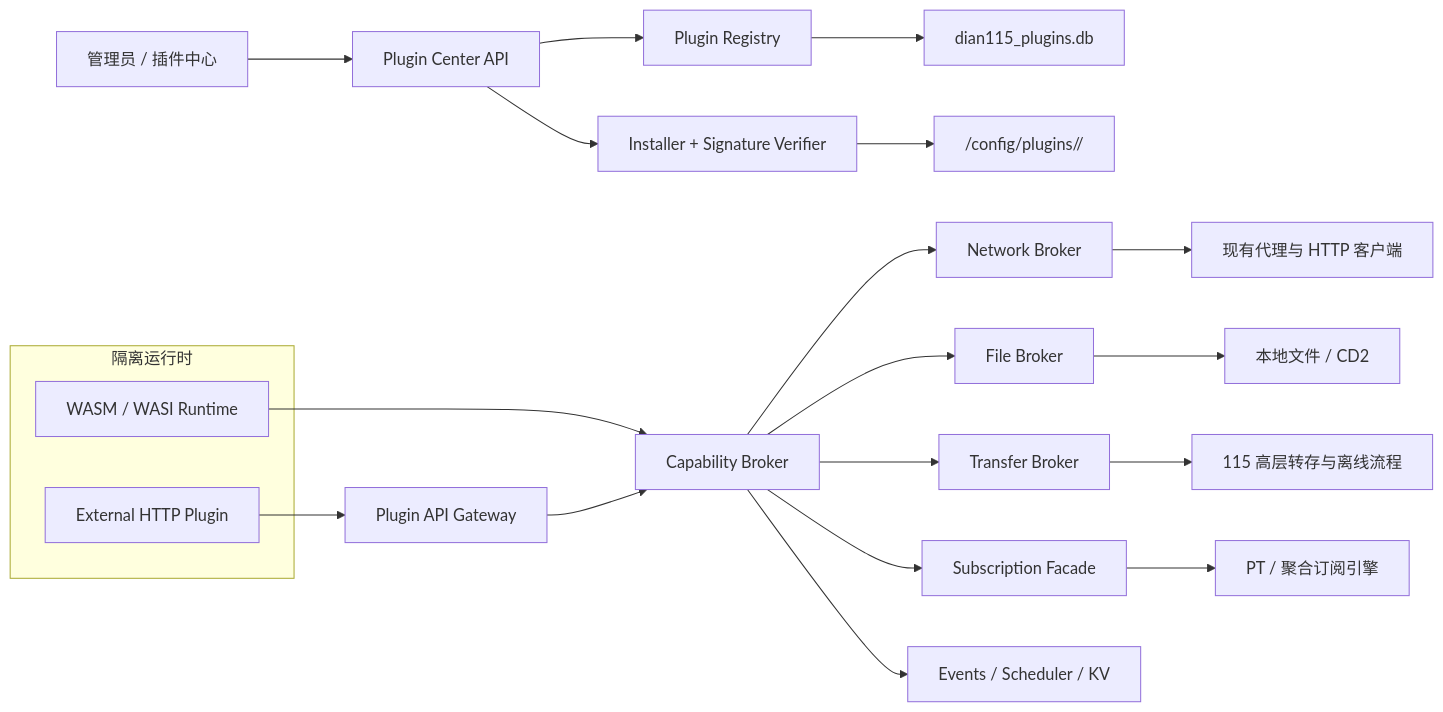
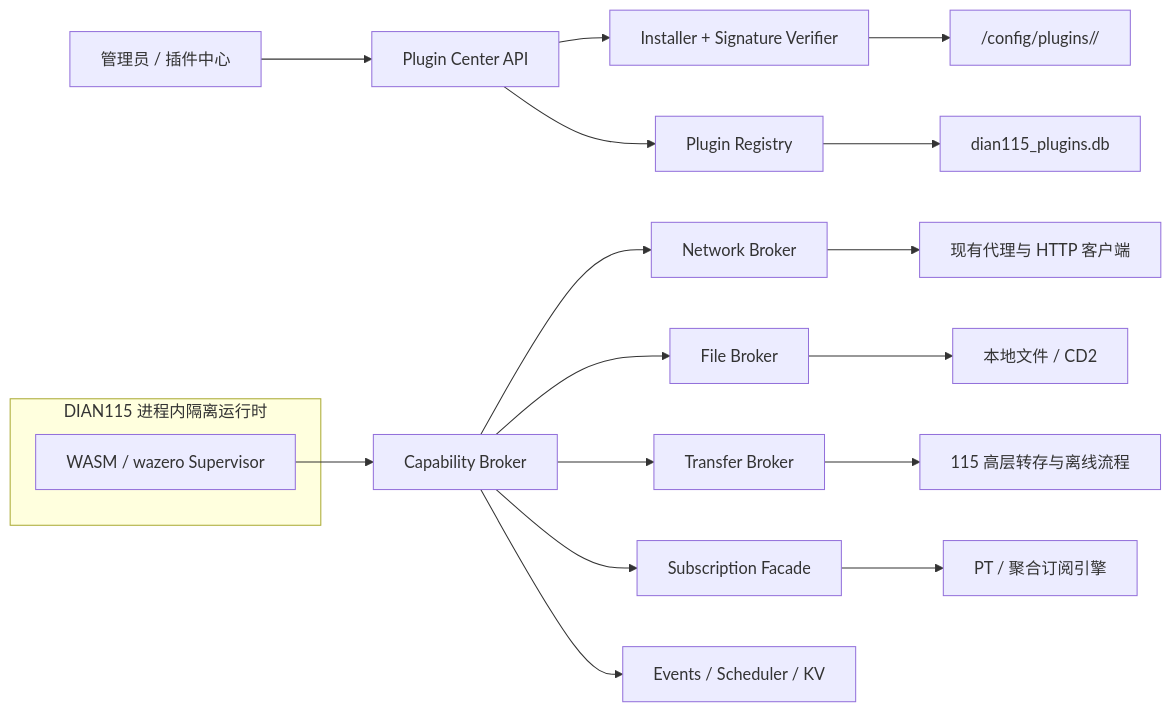
Before and after one commit to madbrolab/dian115: the diagram in docs/plugin-platform/README.md, drawn with Mermaid. The commit also changed other lines of this file and 12 other files, not shown here.

````diff
--- a/docs/plugin-platform/README.md
+++ b/docs/plugin-platform/README.md
@@ -62,28 +63,25 @@
 ```mermaid
 flowchart LR
     U["管理员 / 插件中心"] --> PC["Plugin Center API"]
     PC --> I["Installer + Signature Verifier"]
     PC --> R["Plugin Registry"]
     R --> DB["dian115_plugins.db"]
     I --> PKG["/config/plugins/<plugin-id>/<version>"]
 
-    subgraph Runtime["隔离运行时"]
-      W["WASM / WASI Runtime"]
-      H["External HTTP Plugin"]
+    subgraph Runtime["DIAN115 进程内隔离运行时"]
+      W["WASM / wazero Supervisor"]
     end
 
     W --> B["Capability Broker"]
-    H --> G["Plugin API Gateway"]
-    G --> B
 
     B --> N["Network Broker"]
     B --> F["File Broker"]
     B --> T["Transfer Broker"]
     B --> S["Subscription Facade"]
     B --> E["Events / Scheduler / KV"]
 
     N --> SYS["现有代理与 HTTP 客户端"]
     F --> FS["本地文件 / CD2"]
     T --> D115["115 高层转存与离线流程"]
     S --> SUB["PT / 聚合订阅引擎"]
 ```
````
